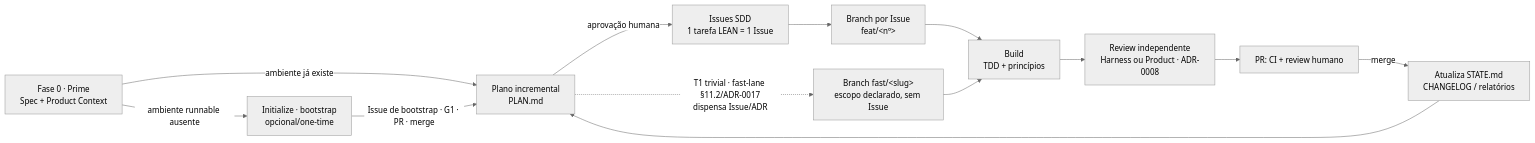
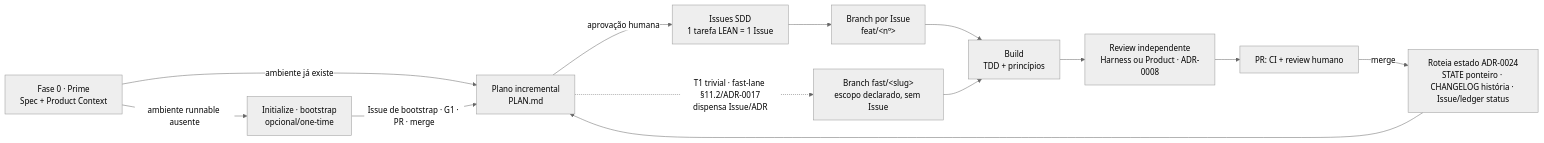
Before and after one commit to isaiane/OrionHarness: the diagram in README.md, drawn with Mermaid (neutral theme). The commit also changed 14 other files, not shown here.

First line of the commit message:
feat(state): STATE ponteiro por construção — §4 roteia + ADR-0024 (T8.1a, #125)

````diff
--- a/README.md
+++ b/README.md
@@ -49,15 +49,15 @@
 ```mermaid
 flowchart LR
     P[Fase 0 · Prime<br/>Spec + Product Context] -->|ambiente runnable ausente| I[Initialize · bootstrap<br/>opcional/one-time]
     P -->|ambiente já existe| A
     I -->|Issue de bootstrap · G1 · PR · merge| A
     A[Plano incremental<br/>PLAN.md] -->|aprovação humana| B[Issues SDD<br/>1 tarefa LEAN = 1 Issue]
     A -.->|T1 trivial · fast-lane §11.2/ADR-0017<br/>dispensa Issue/ADR| FL[Branch fast/&lt;slug&gt;<br/>escopo declarado, sem Issue]
     B --> C[Branch por Issue<br/>feat/&lt;nº&gt;]
     C --> D[Build<br/>TDD + princípios]
     FL --> D
     D --> E[Review independente<br/>Harness ou Product · ADR-0008]
     E --> F[PR: CI + review humano]
-    F -->|merge| G[Atualiza STATE.md<br/>CHANGELOG / relatórios]
+    F -->|merge| G[Roteia estado ADR-0024<br/>STATE ponteiro · CHANGELOG história · Issue/ledger status]
     G --> A
 ```
````
